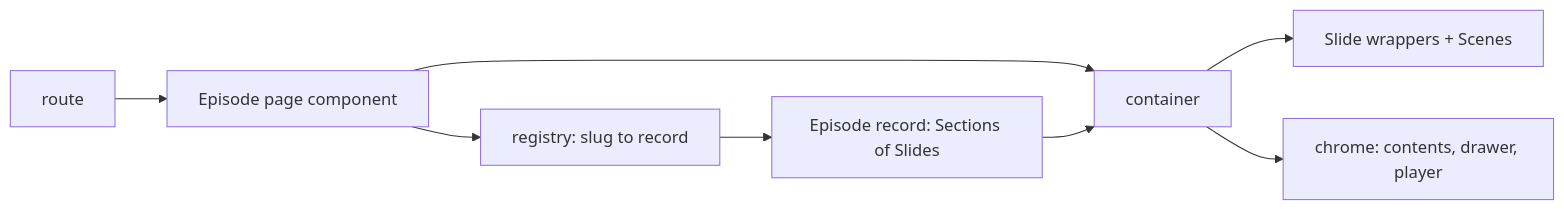
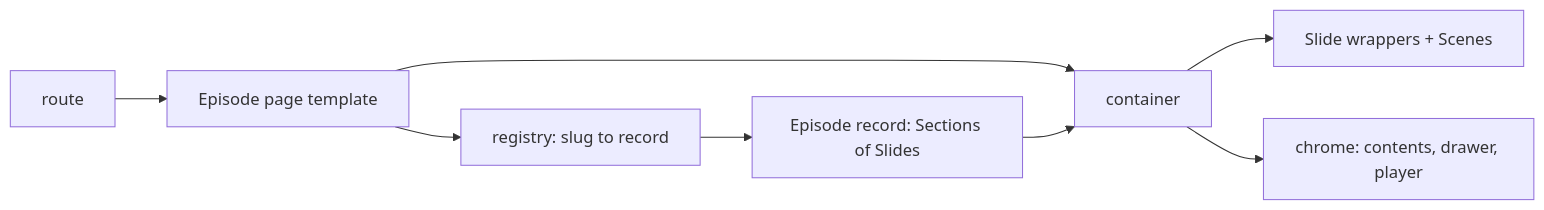
Before and after one commit to hancrafted/content-library: the third of 5 diagrams in .archgate/adrs/FE-004-slide-architecture.md, drawn with Mermaid. The commit also changed other lines of this file and 80 other files, not shown here.

````diff
--- a/.archgate/adrs/FE-004-slide-architecture.md
+++ b/.archgate/adrs/FE-004-slide-architecture.md
@@ -49,10 +49,10 @@
 ```mermaid
 flowchart LR
-  R["route"] --> P["Episode page component"]
+  R["route"] --> P["Episode page template"]
   P --> REG["registry: slug to record"]
   REG --> REC["Episode record: Sections of Slides"]
   P --> C["container"]
   REC --> C
   C --> W["Slide wrappers + Scenes"]
   C --> CH["chrome: contents, drawer, player"]
 ```
````
